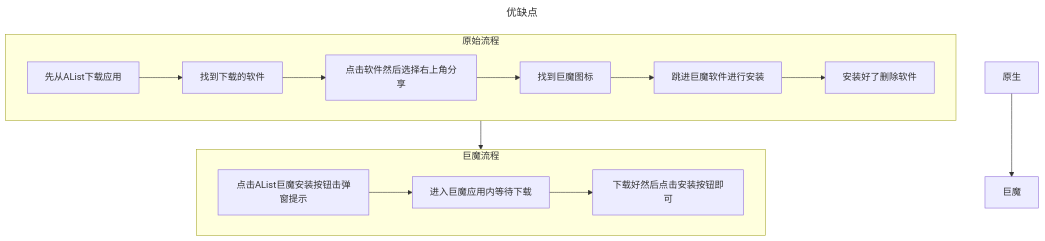
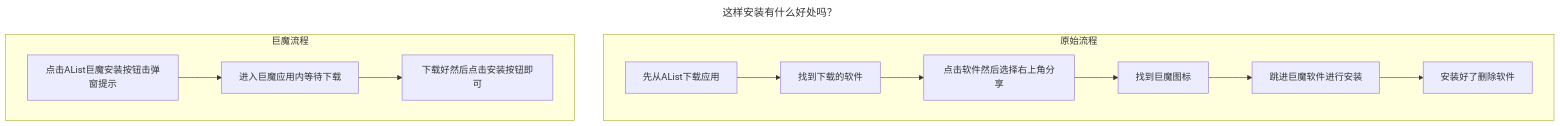
The diagram in docs/zh/guide/advanced/ipa.md (alist-org/docs), drawn with Mermaid before and after one commit. The commit also changed other lines of this file and 1 other file, not shown here.

Commit message:
add ipa English

````diff
--- a/docs/zh/guide/advanced/ipa.md
+++ b/docs/zh/guide/advanced/ipa.md
@@ -121,19 +119,17 @@
 ```mermaid
 ---
-title: 优缺点
+title: 这样安装有什么好处吗？
 ---
 flowchart TB
-    原始流程-->巨魔流程
     subgraph 原始流程
     先从AList下载应用-->找到下载的软件
     找到下载的软件-->点击软件然后选择右上角分享
     点击软件然后选择右上角分享--> 找到巨魔图标
     找到巨魔图标-->跳进巨魔软件进行安装
     跳进巨魔软件进行安装-->安装好了删除软件
     end
     subgraph 巨魔流程
     点击AList巨魔安装按钮击弹窗提示-->进入巨魔应用内等待下载
     进入巨魔应用内等待下载-->下载好然后点击安装按钮即可
     end
-    原生 --> 巨魔
 ```
````
